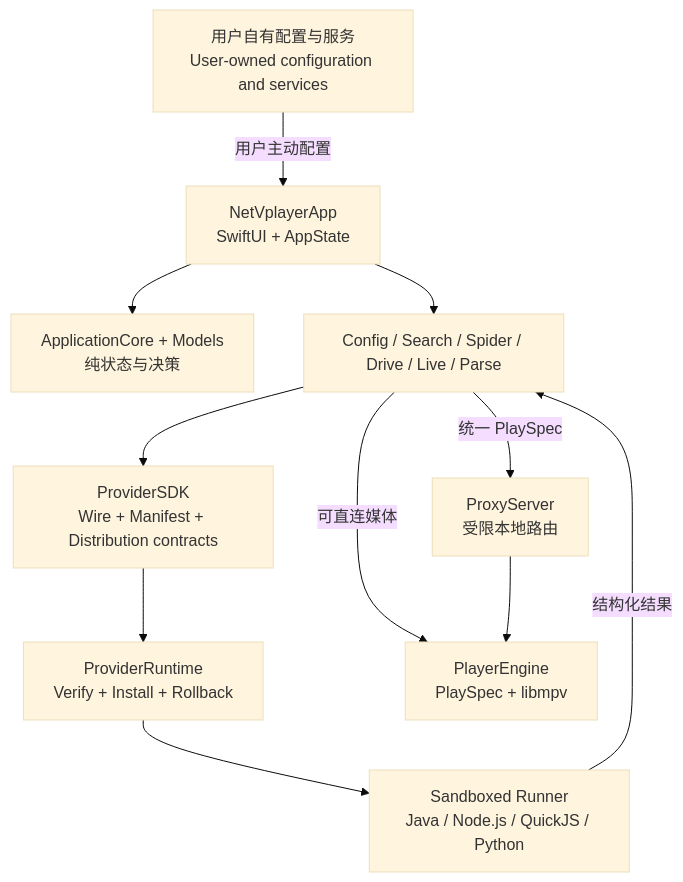
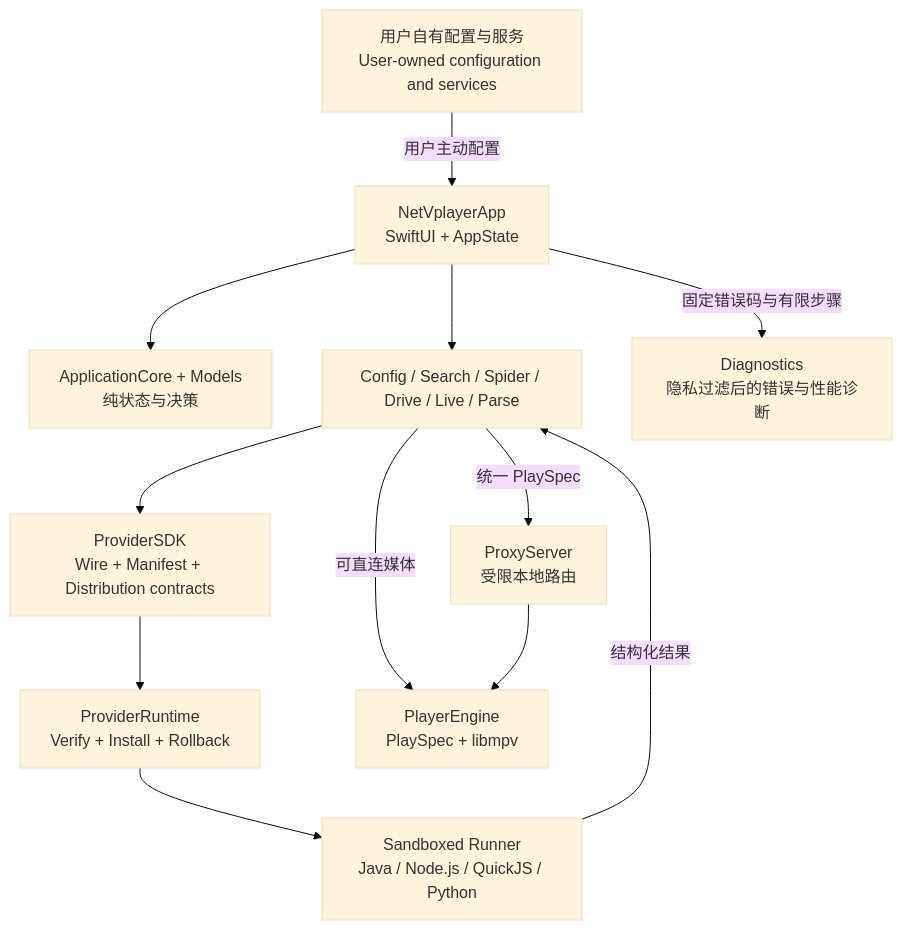
One commit to spudhero/NetVplayer changed the diagram in README.md. Above: the diagram before and after it, drawn with Mermaid (base theme). The commit also changed other lines of this file and 62 other files, not shown here.

````diff
--- a/README.md
+++ b/README.md
@@ -75,23 +75,25 @@
 ```mermaid
 flowchart TB
     User[用户自有配置与服务<br>User-owned configuration and services]
     App[NetVplayerApp<br>SwiftUI + AppState]
     Core[ApplicationCore + Models<br>纯状态与决策]
     Engines[Config / Search / Spider / Drive / Live / Parse]
     SDK[ProviderSDK<br>Wire + Manifest + Distribution contracts]
     Runtime[ProviderRuntime<br>Verify + Install + Rollback]
     Runner[Sandboxed Runner<br>Java / Node.js / QuickJS / Python]
     Proxy[ProxyServer<br>受限本地路由]
     Player[PlayerEngine<br>PlaySpec + libmpv]
+    Diagnostics[Diagnostics<br>隐私过滤后的错误与性能诊断]
 
     User -->|用户主动配置| App
     App --> Core
     App --> Engines
     Engines --> SDK
     SDK --> Runtime
     Runtime --> Runner
     Runner -->|结构化结果| Engines
     Engines -->|统一 PlaySpec| Proxy
     Engines -->|可直连媒体| Player
     Proxy --> Player
+    App -->|固定错误码与有限步骤| Diagnostics
 ```
````
